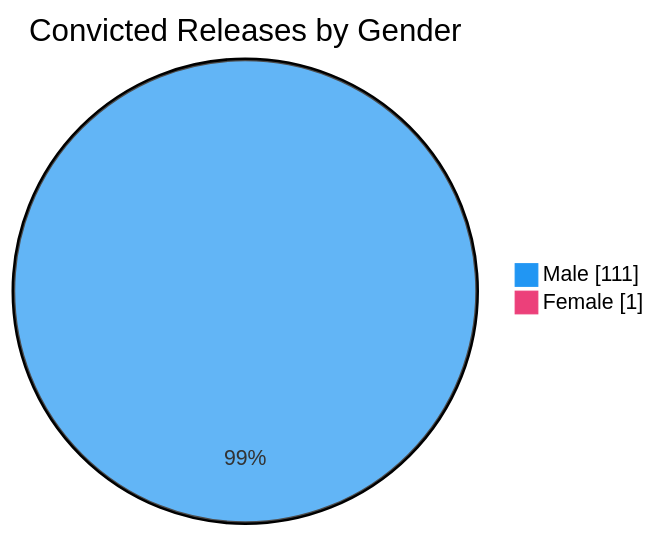
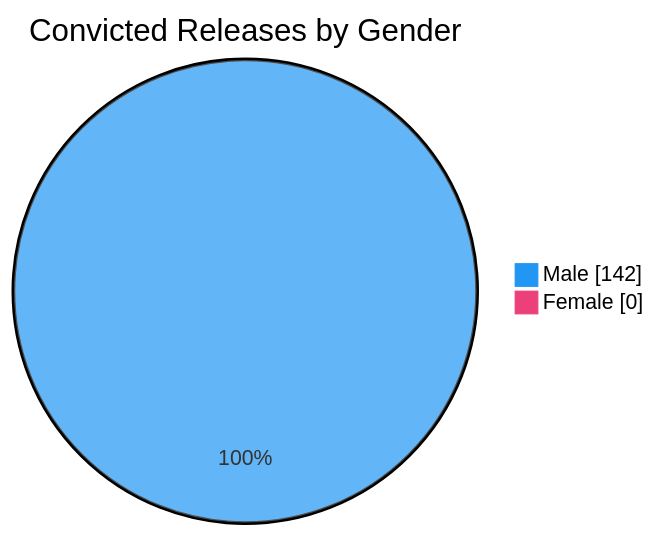
One commit to nuuuwan/lk_prisons changed the sixth of 7 diagrams in README.md. Above: the diagram before and after it, drawn with Mermaid. The commit also changed other lines of this file and 1 other file, not shown here.

````diff
--- a/README.md
+++ b/README.md
@@ -98,6 +98,6 @@
 ```mermaid
 %%{init: {'themeVariables': {'pie1': '#2196F3', 'pie2': '#EC407A'}}}%%
 pie showData title Convicted Releases by Gender
-    "Male" : 111
-    "Female" : 1
+    "Male" : 142
+    "Female" : 0
 ```
````
